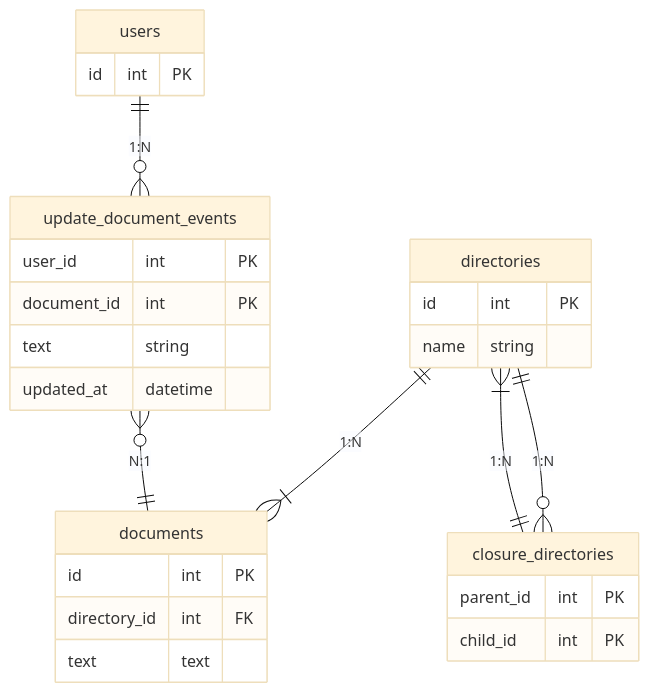
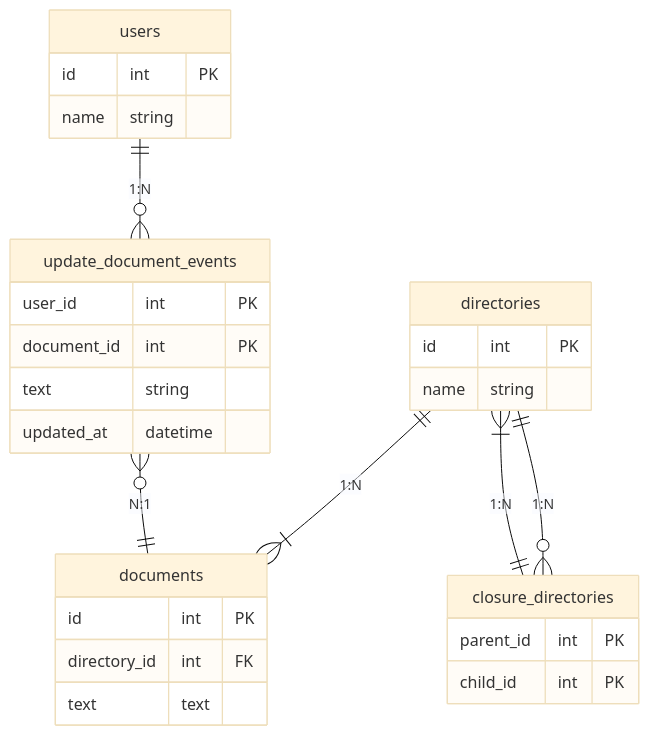
One commit to HitoroOhria/praha-challenge changed the first of 2 diagrams in db/db-modeling-3/README.md. Above: the diagram before and after it, drawn with Mermaid (base theme).

Commit message:
ユーザー名を追加

````diff
--- a/db/db-modeling-3/README.md
+++ b/db/db-modeling-3/README.md
@@ -5,36 +5,37 @@
 ```mermaid
 erDiagram
 
 users ||--o{ update_document_events : "1:N"
 users {
   id int PK
+  name string
 }
 
 directories ||--o{ closure_directories : "1:N"
 directories ||--|{ documents : "1:N"
 directories {
   id int PK
   name string
 }
 
 closure_directories ||--|{ directories : "1:N"
 closure_directories {
   parent_id int PK
   child_id int PK
 }
 
 update_document_events }o--|| documents : "N:1"
 update_document_events {
   user_id int PK
   document_id int PK
   text string
   updated_at datetime
 }
 
 documents {
   id int PK
   directory_id int FK
   text text
 }
 
 ```
````
